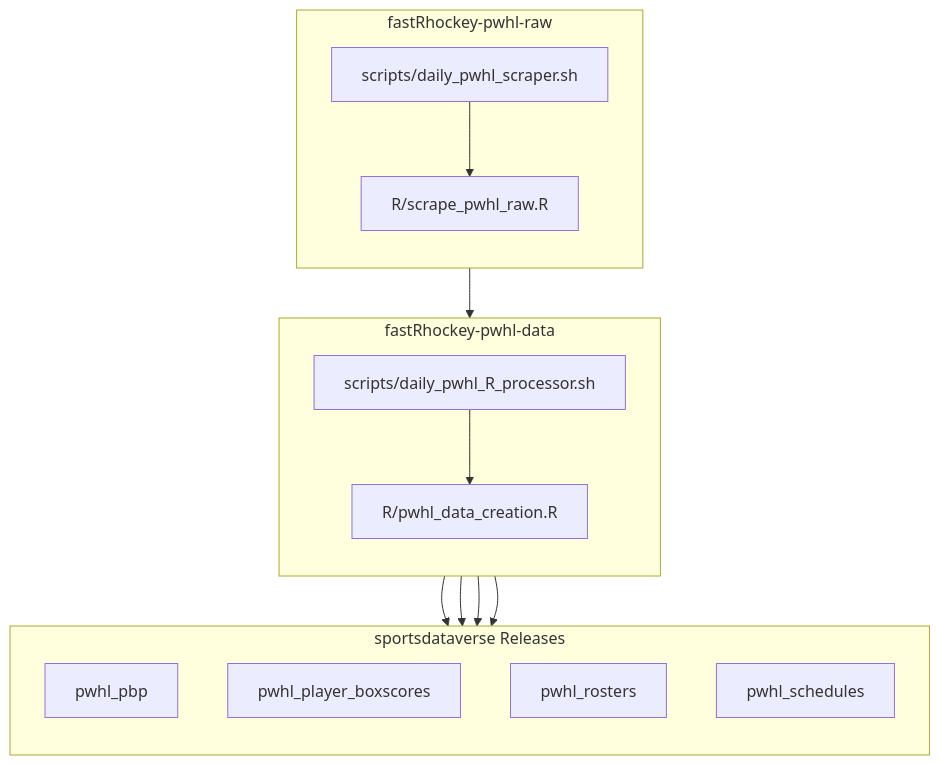
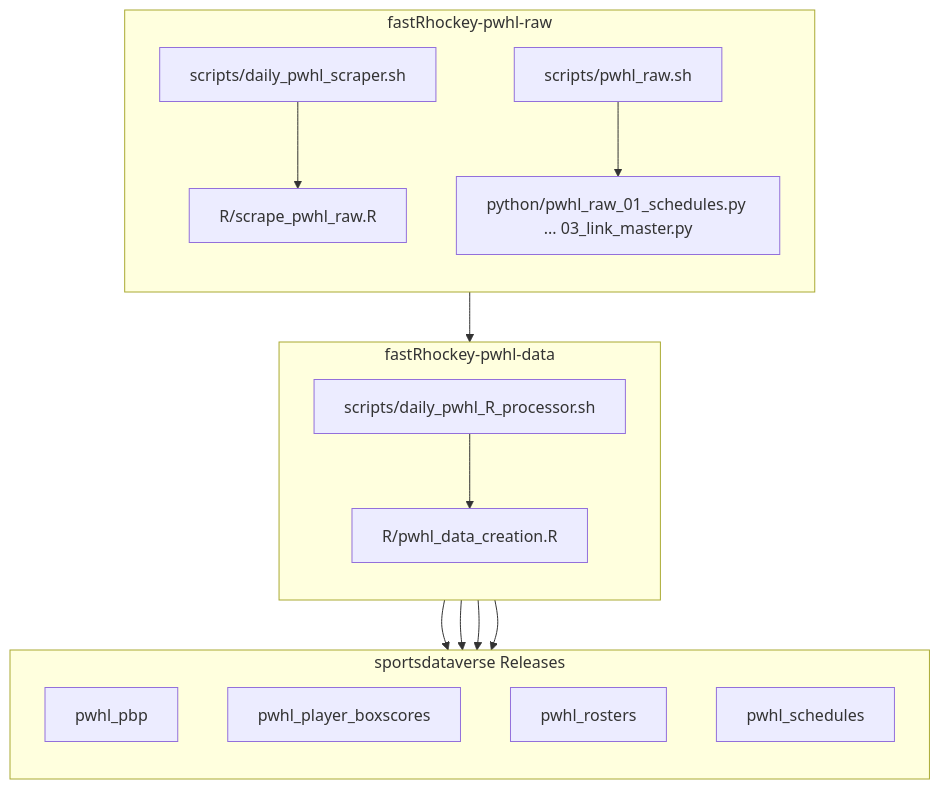
The second of 2 diagrams in README.md (sportsdataverse/fastRhockey-pwhl-raw), drawn with Mermaid before and after one commit. The commit also changed other lines of this file, not shown here.

Commit message:
docs(readme): python scrape branch in diagram + modulekit gameshifts source

````diff
--- a/README.md
+++ b/README.md
@@ -17,32 +17,33 @@
 ```mermaid
 flowchart TB;
     subgraph A[fastRhockey-pwhl-raw];
         direction TB;
         A1[scripts/daily_pwhl_scraper.sh]-->A2[R/scrape_pwhl_raw.R];
+        A3[scripts/pwhl_raw.sh]-->A4[python/pwhl_raw_01_schedules.py ... 03_link_master.py];
     end;
 
     subgraph B[fastRhockey-pwhl-data];
         direction TB;
         B1[scripts/daily_pwhl_R_processor.sh]-->B2[R/pwhl_data_creation.R];
     end;
 
     subgraph C[sportsdataverse Releases];
         direction TB;
         C1[pwhl_pbp];
         C2[pwhl_player_boxscores];
         C3[pwhl_rosters];
         C4[pwhl_schedules];
     end;
 
     A-->B;
     B-->C1;
     B-->C2;
     B-->C3;
     B-->C4;
 
     click C1 "https://github.com/sportsdataverse/sportsdataverse-data/releases/tag/pwhl_pbp" _blank;
     click C2 "https://github.com/sportsdataverse/sportsdataverse-data/releases/tag/pwhl_player_boxscores" _blank;
     click C3 "https://github.com/sportsdataverse/sportsdataverse-data/releases/tag/pwhl_rosters" _blank;
     click C4 "https://github.com/sportsdataverse/sportsdataverse-data/releases/tag/pwhl_schedules" _blank;
 
 ```
````
